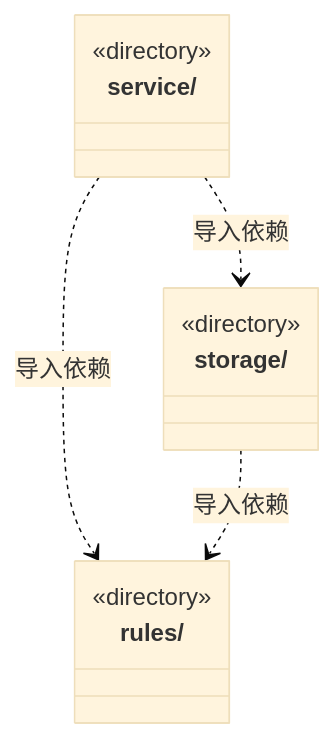
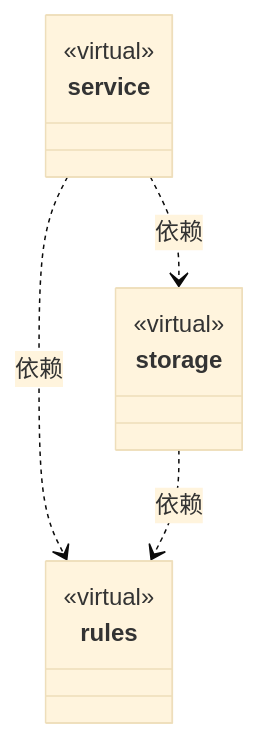
One commit to nan023062/cbim changed the diagram in src/logic/knowledge/ARCHITECTURE.md. Above: the diagram before and after it, drawn with Mermaid (base theme). The commit also changed other lines of this file and 158 other files, not shown here.

Commit message:
docs: model architecture through nested virtual encapsulations

````diff
--- a/src/logic/knowledge/ARCHITECTURE.md
+++ b/src/logic/knowledge/ARCHITECTURE.md
@@ -35,15 +17,18 @@
 ```mermaid
 classDiagram
-class N_src_logic_knowledge_rules["rules/"] {
-  <<directory>>
+class N_4d367b34186a["rules"] {
+  <<virtual>>
 }
-class N_src_logic_knowledge_service["service/"] {
-  <<directory>>
+click N_4d367b34186a href "rules/ARCHITECTURE.md"
+class N_5c5deabf7eed["service"] {
+  <<virtual>>
 }
-class N_src_logic_knowledge_storage["storage/"] {
-  <<directory>>
+click N_5c5deabf7eed href "service/ARCHITECTURE.md"
+class N_310e0e5355cb["storage"] {
+  <<virtual>>
 }
-N_src_logic_knowledge_service ..> N_src_logic_knowledge_rules : 导入依赖
-N_src_logic_knowledge_service ..> N_src_logic_knowledge_storage : 导入依赖
-N_src_logic_knowledge_storage ..> N_src_logic_knowledge_rules : 导入依赖
+click N_310e0e5355cb href "storage/ARCHITECTURE.md"
+N_5c5deabf7eed ..> N_4d367b34186a : 依赖
+N_5c5deabf7eed ..> N_310e0e5355cb : 依赖
+N_310e0e5355cb ..> N_4d367b34186a : 依赖
 ```
````
